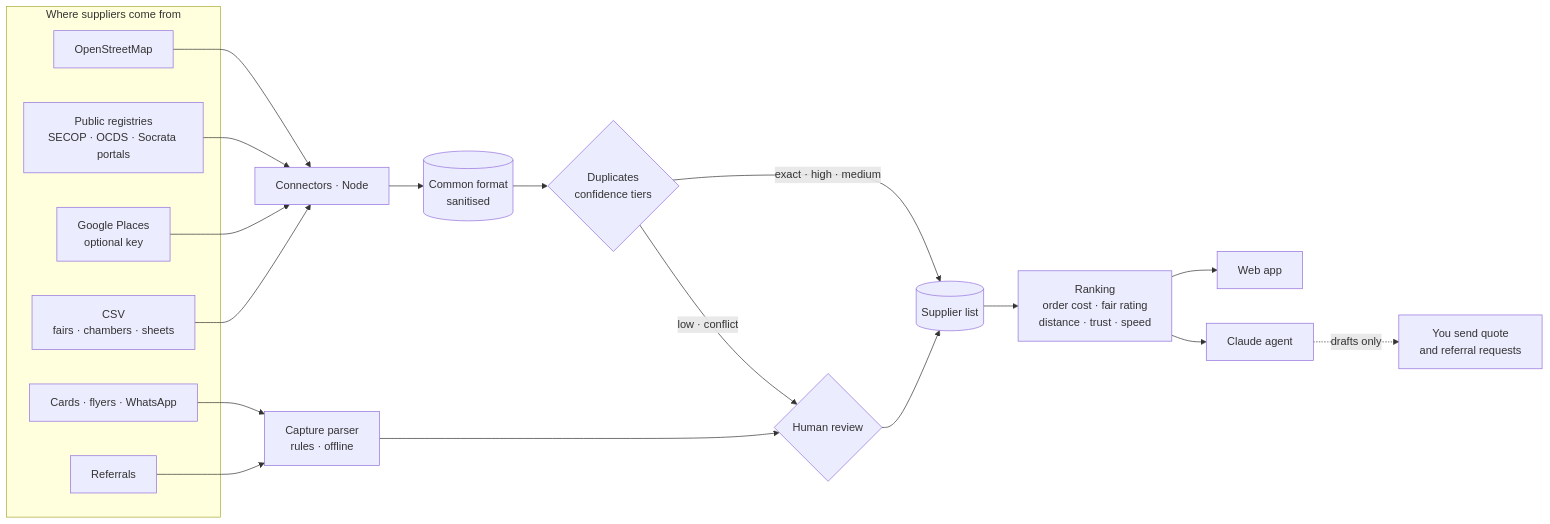
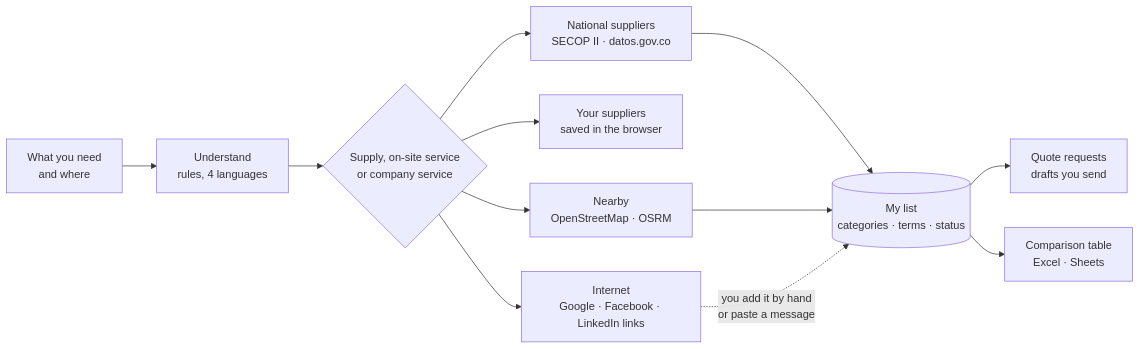
One commit to Dsergio909/supplier-scout changed the diagram in README.md. Above: the diagram before and after it, drawn with Mermaid. The commit also changed other lines of this file and 32 other files, not shown here.

````diff
--- a/README.md
+++ b/README.md
@@ -125,27 +124,14 @@
 ```mermaid
 flowchart LR
-  subgraph S[Where suppliers come from]
-    MAP[OpenStreetMap]
-    REG[Public registries<br/>SECOP · OCDS · Socrata portals]
-    GP[Google Places<br/>optional key]
-    CSV[CSV<br/>fairs · chambers · sheets]
-    CARD[Cards · flyers · WhatsApp]
-    REF[Referrals]
-  end
-  MAP --> CON[Connectors · Node]
-  REG --> CON
-  GP --> CON
-  CSV --> CON
-  CARD --> PAR[Capture parser<br/>rules · offline]
-  REF --> PAR
-  CON --> GATE[(Common format<br/>sanitised)]
-  PAR --> REV{Human review}
-  GATE --> DUP{Duplicates<br/>confidence tiers}
-  DUP -->|exact · high · medium| DB[(Supplier list)]
-  DUP -->|low · conflict| REV
-  REV --> DB
-  DB --> RANK[Ranking<br/>order cost · fair rating<br/>distance · trust · speed]
-  RANK --> WEB[Web app]
-  RANK --> AG[Claude agent]
-  AG -.->|drafts only| YOU[You send quote<br/>and referral requests]
+  Q[What you need<br/>and where] --> I[Understand<br/>rules, 4 languages]
+  I --> SC{Supply, on-site service<br/>or company service}
+  SC --> N[National suppliers<br/>SECOP II · datos.gov.co]
+  SC --> M[Your suppliers<br/>saved in the browser]
+  SC --> NB[Nearby<br/>OpenStreetMap · OSRM]
+  SC --> W[Internet<br/>Google · Facebook · LinkedIn links]
+  N --> L[(My list<br/>categories · terms · status)]
+  NB --> L
+  W -.->|you add it by hand<br/>or paste a message| L
+  L --> RQ[Quote requests<br/>drafts you send]
+  L --> CSV[Comparison table<br/>Excel · Sheets]
 ```
````
